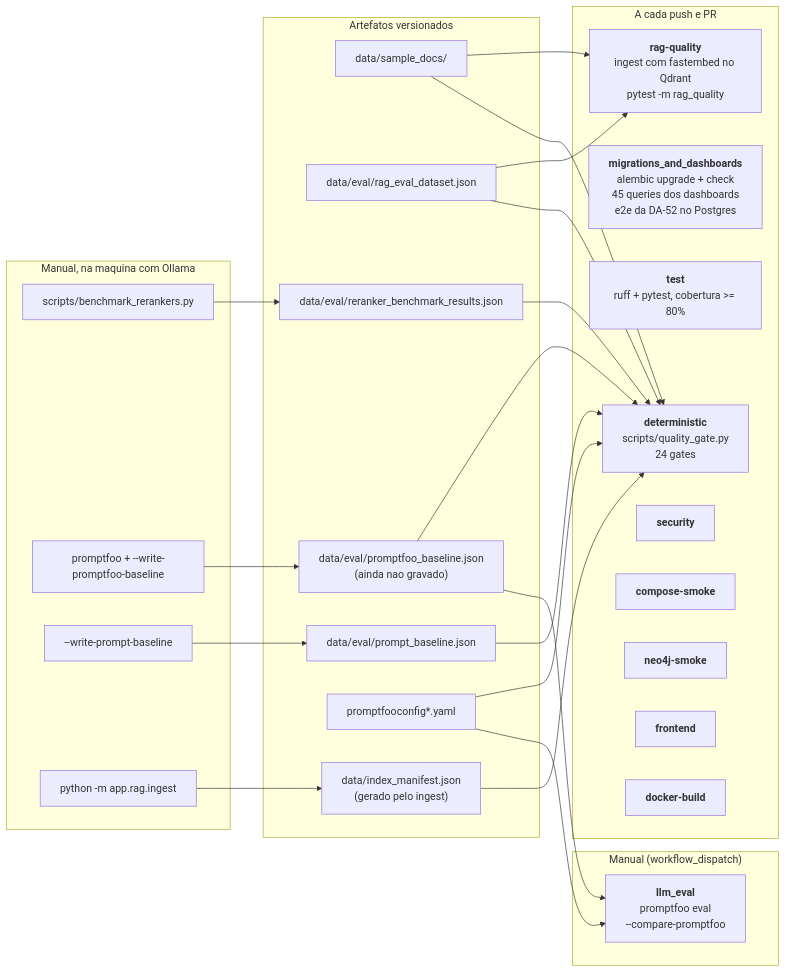
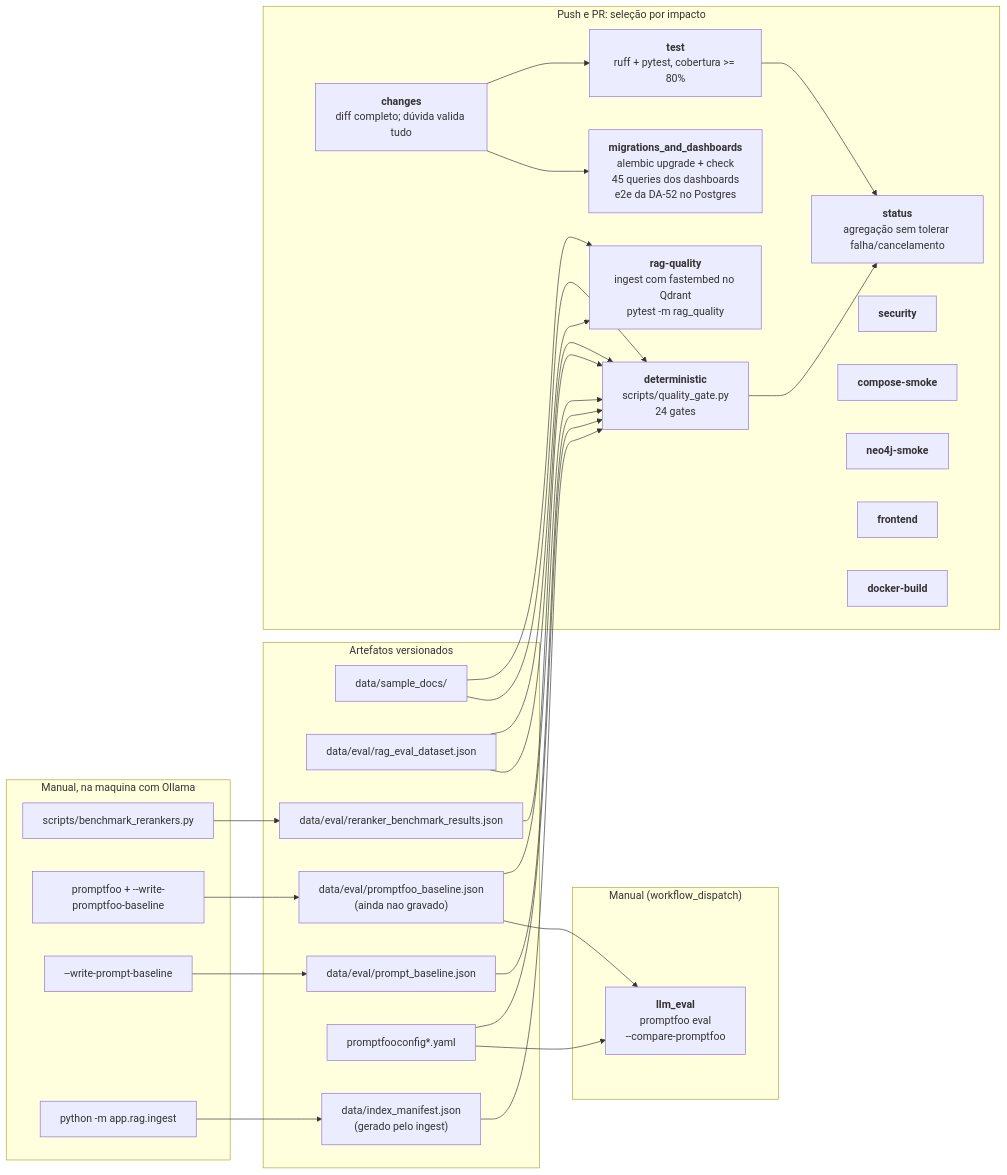
One commit to marcos-slima/copilot-platform changed the diagram in docs/QUALITY_GATES.md. Above: the diagram before and after it, drawn with Mermaid. The commit also changed other lines of this file and 5 other files, not shown here.

````diff
--- a/docs/QUALITY_GATES.md
+++ b/docs/QUALITY_GATES.md
@@ -63,51 +63,57 @@
 ```mermaid
 flowchart LR
     subgraph artefatos["Artefatos versionados"]
         docs["data/sample_docs/"]
         ds["data/eval/rag_eval_dataset.json"]
         rb["data/eval/reranker_benchmark_results.json"]
         pb["data/eval/prompt_baseline.json"]
         fb["data/eval/promptfoo_baseline.json<br/>(ainda nao gravado)"]
         cfg["promptfooconfig*.yaml"]
         mf["data/index_manifest.json<br/>(gerado pelo ingest)"]
     end
 
-    subgraph pr["A cada push e PR"]
+    subgraph pr["Push e PR: seleção por impacto"]
+        ch["<b>changes</b><br/>diff completo; dúvida valida tudo"]
+        st["<b>status</b><br/>agregação sem tolerar falha/cancelamento"]
         det["<b>deterministic</b><br/>scripts/quality_gate.py<br/>24 gates"]
         mig["<b>migrations_and_dashboards</b><br/>alembic upgrade + check<br/>45 queries dos dashboards<br/>e2e da DA-52 no Postgres"]
         tst["<b>test</b><br/>ruff + pytest, cobertura >= 80%"]
         rq["<b>rag-quality</b><br/>ingest com fastembed no Qdrant<br/>pytest -m rag_quality"]
         sec["<b>security</b>"]
         cs["<b>compose-smoke</b>"]
         n4["<b>neo4j-smoke</b>"]
         fe["<b>frontend</b>"]
         db["<b>docker-build</b>"]
     end
 
     subgraph agenda["Manual (workflow_dispatch)"]
         llm["<b>llm_eval</b><br/>promptfoo eval<br/>--compare-promptfoo"]
     end
 
     subgraph manual["Manual, na maquina com Ollama"]
         bm["scripts/benchmark_rerankers.py"]
         pf["promptfoo + --write-promptfoo-baseline"]
         pd["--write-prompt-baseline"]
         ing["python -m app.rag.ingest"]
     end
 
+    ch --> tst
+    ch --> mig
+    tst --> st
+    det --> st
     docs --> rq
     ds --> rq
     ds --> det
     docs --> det
     rb --> det
     pb --> det
     cfg --> det
     fb --> det
     mf --> det
     cfg --> llm
     fb --> llm
     bm --> rb
     pf --> fb
     pd --> pb
     ing --> mf
 ```
````
